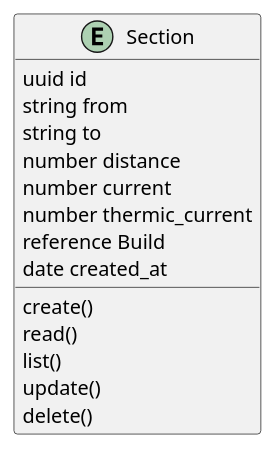
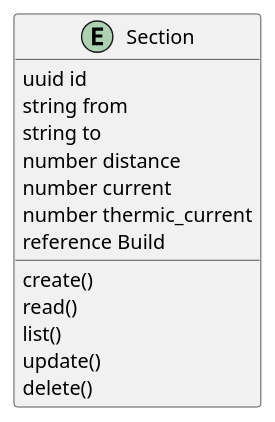
One commit to isaporto/login-node changed the diagram in uml/entities/section.wsd. Above: the diagram before and after it, drawn with PlantUML. The commit also changed 17 other files, not shown here.

```diff
--- a/uml/entities/section.wsd
+++ b/uml/entities/section.wsd
@@ -1,20 +1,19 @@
 @startuml Class Section Diagram
 
 entity Section
 
 Section : uuid id
 Section : string from
 Section : string to
 Section : number distance
 Section : number current
 Section : number thermic_current
 Section : reference Build
-Section : date created_at
 
 Section : create()
 Section : read()
 Section : list()
 Section : update()
 Section : delete()
 
 @enduml
```
